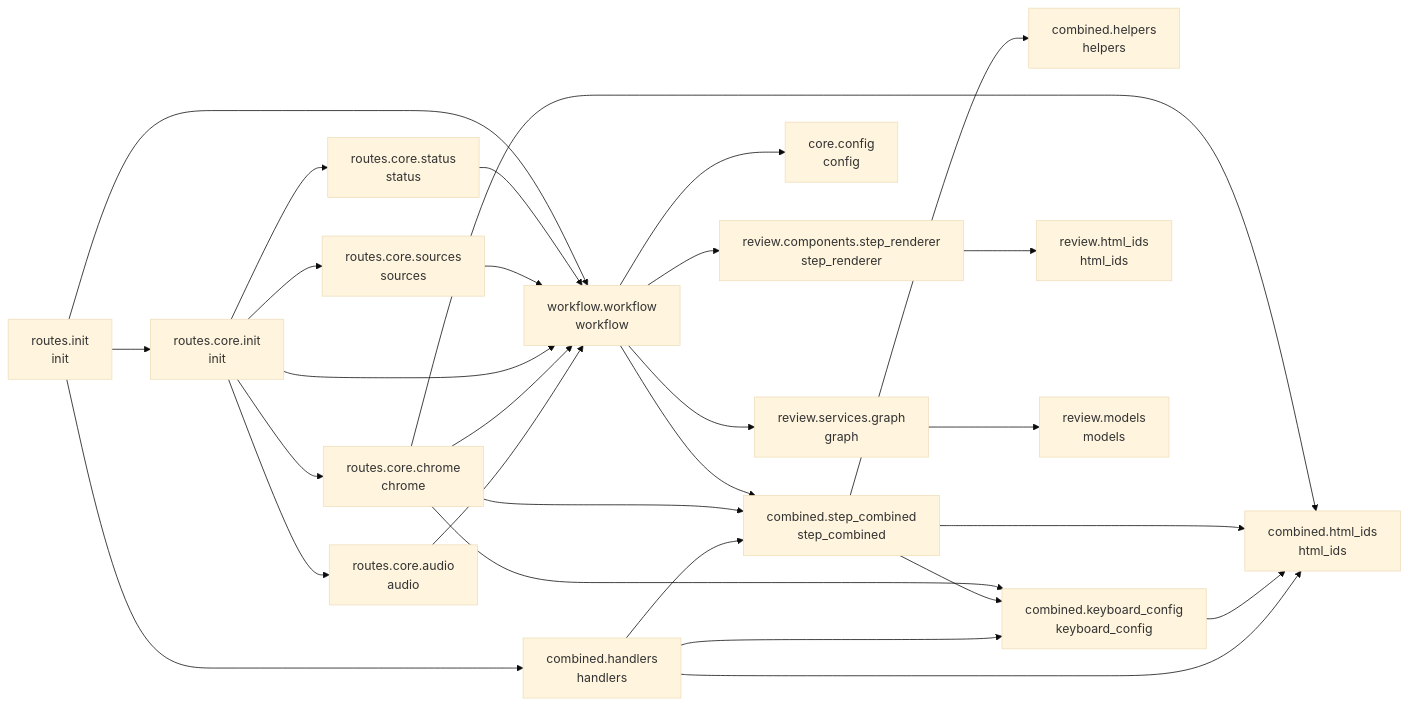
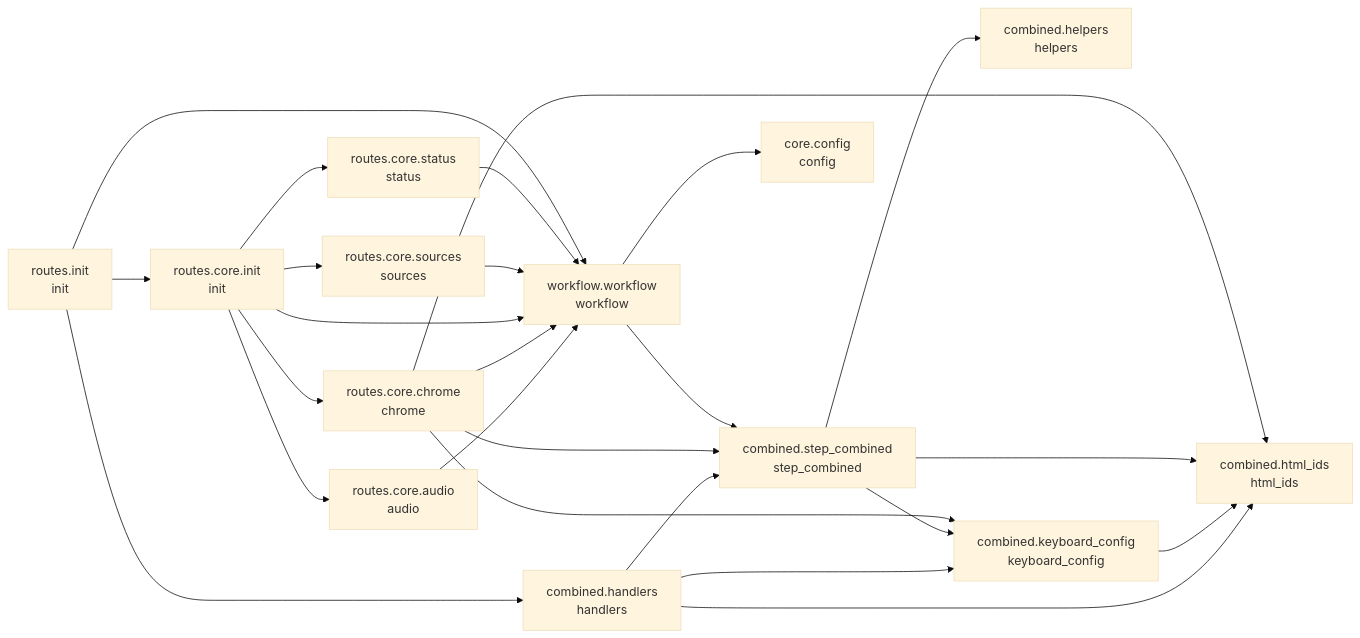
Before and after one commit to cj-mills/cjm-fasthtml-workflow-transcript-decomp: the diagram in README.md, drawn with Mermaid (base theme). The commit also changed other lines of this file and 18 other files, not shown here.

Commit message:
Phase 6: Integrate cjm-transcript-review library, wire up graph commit, remove local review/ package.

````diff
--- a/README.md
+++ b/README.md
@@ -45,49 +38,41 @@
 ``` mermaid
 graph LR
     combined_handlers[combined.handlers<br/>handlers]
     combined_helpers[combined.helpers<br/>helpers]
     combined_html_ids[combined.html_ids<br/>html_ids]
     combined_keyboard_config[combined.keyboard_config<br/>keyboard_config]
     combined_step_combined[combined.step_combined<br/>step_combined]
     core_config[core.config<br/>config]
-    review_components_step_renderer[review.components.step_renderer<br/>step_renderer]
-    review_html_ids[review.html_ids<br/>html_ids]
-    review_models[review.models<br/>models]
-    review_services_graph[review.services.graph<br/>graph]
     routes_core_audio[routes.core.audio<br/>audio]
     routes_core_chrome[routes.core.chrome<br/>chrome]
     routes_core_init[routes.core.init<br/>init]
     routes_core_sources[routes.core.sources<br/>sources]
     routes_core_status[routes.core.status<br/>status]
     routes_init[routes.init<br/>init]
     workflow_workflow[workflow.workflow<br/>workflow]
 
     combined_handlers --> combined_html_ids
     combined_handlers --> combined_keyboard_config
     combined_handlers --> combined_step_combined
     combined_keyboard_config --> combined_html_ids
-    combined_step_combined --> combined_helpers
     combined_step_combined --> combined_html_ids
     combined_step_combined --> combined_keyboard_config
-    review_components_step_renderer --> review_html_ids
-    review_services_graph --> review_models
+    combined_step_combined --> combined_helpers
     routes_core_audio --> workflow_workflow
-    routes_core_chrome --> workflow_workflow
     routes_core_chrome --> combined_html_ids
     routes_core_chrome --> combined_keyboard_config
+    routes_core_chrome --> workflow_workflow
     routes_core_chrome --> combined_step_combined
+    routes_core_init --> workflow_workflow
+    routes_core_init --> routes_core_sources
+    routes_core_init --> routes_core_chrome
     routes_core_init --> routes_core_status
-    routes_core_init --> routes_core_chrome
-    routes_core_init --> workflow_workflow
     routes_core_init --> routes_core_audio
-    routes_core_init --> routes_core_sources
     routes_core_sources --> workflow_workflow
     routes_core_status --> workflow_workflow
     routes_init --> combined_handlers
+    routes_init --> workflow_workflow
     routes_init --> routes_core_init
-    routes_init --> workflow_workflow
-    workflow_workflow --> review_services_graph
     workflow_workflow --> combined_step_combined
-    workflow_workflow --> review_components_step_renderer
     workflow_workflow --> core_config
 ```
````
